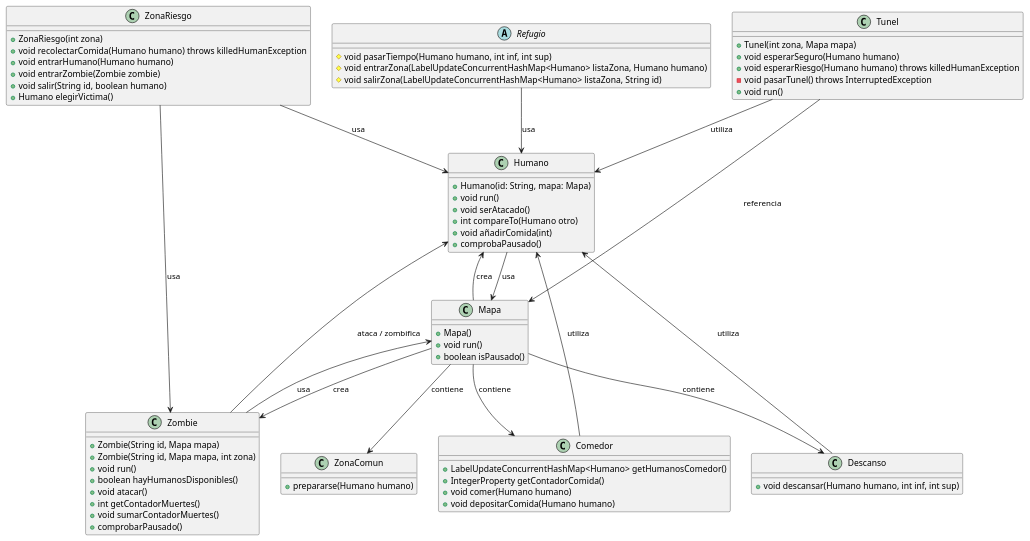
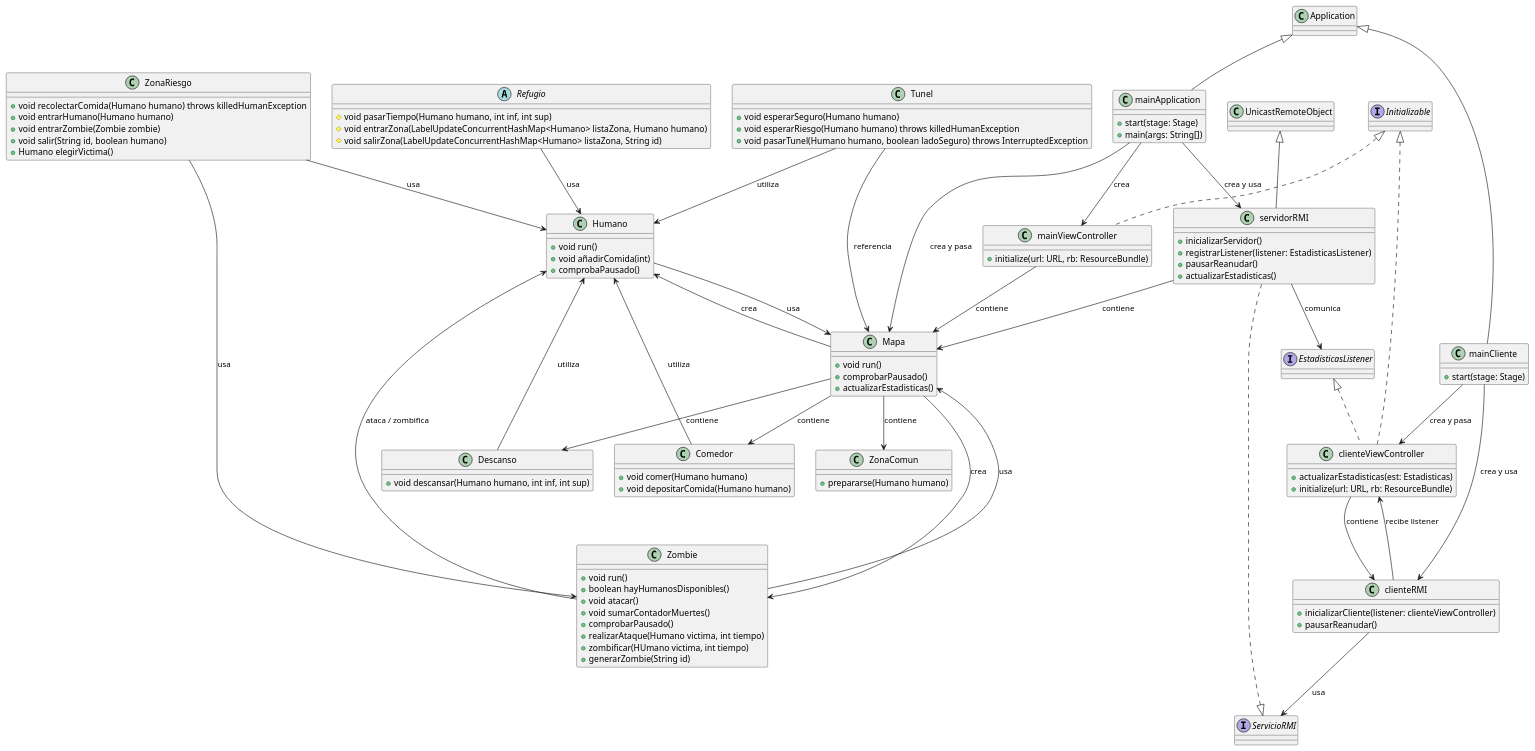
Before and after one commit to jaizu23/simulacion_zombies: the diagram in src/diagramas/Diagrama_clases.puml, drawn with PlantUML.

Commit message:
retoques en el diagrama parte 3

```diff
--- a/src/diagramas/Diagrama_clases.puml
+++ b/src/diagramas/Diagrama_clases.puml
@@ -1,82 +1,122 @@
 @startuml
 class Humano {
-+ Humano(id: String, mapa: Mapa)
 + void run()
-+ void serAtacado()
-+ int compareTo(Humano otro)
 + void añadirComida(int)
-+comprobaPausado()
++ comprobaPausado()
 }
 
 class Zombie {
-+ Zombie(String id, Mapa mapa)
-+ Zombie(String id, Mapa mapa, int zona)
 + void run()
 + boolean hayHumanosDisponibles()
 + void atacar()
-+ int getContadorMuertes()
 + void sumarContadorMuertes()
-+comprobarPausado()
++ comprobarPausado()
++ realizarAtaque(Humano victima, int tiempo)
++ zombificar(HUmano victima, int tiempo)
++ generarZombie(String id)
 }
 
 class Mapa {
-+ Mapa()
 + void run()
-+ boolean isPausado()
++ comprobarPausado()
++ actualizarEstadisticas()
 }
 
 class ZonaRiesgo {
-+ ZonaRiesgo(int zona)
 + void recolectarComida(Humano humano) throws killedHumanException
 + void entrarHumano(Humano humano)
 + void entrarZombie(Zombie zombie)
 + void salir(String id, boolean humano)
 + Humano elegirVictima()
 }
 
 class Tunel {
-+ Tunel(int zona, Mapa mapa)
 + void esperarSeguro(Humano humano)
 + void esperarRiesgo(Humano humano) throws killedHumanException
-- void pasarTunel() throws InterruptedException
-+ void run()
++ void pasarTunel(Humano humano, boolean ladoSeguro) throws InterruptedException
 }
 
 class Comedor {
-+ LabelUpdateConcurrentHashMap<Humano> getHumanosComedor()
-+ IntegerProperty getContadorComida()
 + void comer(Humano humano)
 + void depositarComida(Humano humano)
 }
 
 
 class Descanso {
 + void descansar(Humano humano, int inf, int sup)
 }
 
 abstract class Refugio {
 # void pasarTiempo(Humano humano, int inf, int sup)
 # void entrarZona(LabelUpdateConcurrentHashMap<Humano> listaZona, Humano humano)
 # void salirZona(LabelUpdateConcurrentHashMap<Humano> listaZona, String id)
 }
 
 class ZonaComun {
 +prepararse(Humano humano)
 }
 
+class clienteRMI {
+    + inicializarCliente(listener: clienteViewController)
+    + pausarReanudar()
+}
+
+class clienteViewController implements Initializable, EstadisticasListener {
+    + actualizarEstadisticas(est: Estadisticas)
+    + initialize(url: URL, rb: ResourceBundle)
+}
+
+class mainCliente extends Application {
+    + start(stage: Stage)
+}
+
+class mainApplication extends Application {
+    + start(stage: Stage)
+    + main(args: String[])
+}
+
+class mainViewController implements Initializable {
+    + initialize(url: URL, rb: ResourceBundle)
+}
+
+class servidorRMI extends UnicastRemoteObject implements ServicioRMI {
+    + inicializarServidor()
+    + registrarListener(listener: EstadisticasListener)
+    + pausarReanudar()
+    + actualizarEstadisticas()
+}
+
+
+
+clienteRMI --> ServicioRMI : usa
+clienteRMI --> clienteViewController : recibe listener
+clienteViewController --> clienteRMI : contiene
+
+mainCliente --> clienteRMI : crea y usa
+mainCliente --> clienteViewController : crea y pasa
+
+mainApplication --> servidorRMI : crea y usa
+mainApplication --> mainViewController : crea
+mainApplication --> Mapa : crea y pasa
+
+mainViewController --> Mapa : contiene
+
+servidorRMI --> EstadisticasListener : comunica
+servidorRMI --> Mapa : contiene
+
 Humano --> Mapa : usa
 Mapa --> Comedor : contiene
 Mapa --> ZonaComun : contiene
 Mapa --> Descanso : contiene
-Mapa --> Zombie : crea
+Mapa ---> Zombie : crea
 Mapa --> Humano : crea
 Zombie --> Mapa : usa
 Zombie --> Humano : ataca / zombifica
 ZonaRiesgo --> Humano : usa
 ZonaRiesgo --> Zombie : usa
 Tunel --> Humano : utiliza
 Tunel --> Mapa : referencia
 Comedor --> Humano : utiliza
 Descanso --> Humano : utiliza
 Refugio --> Humano : usa
 @enduml
```
